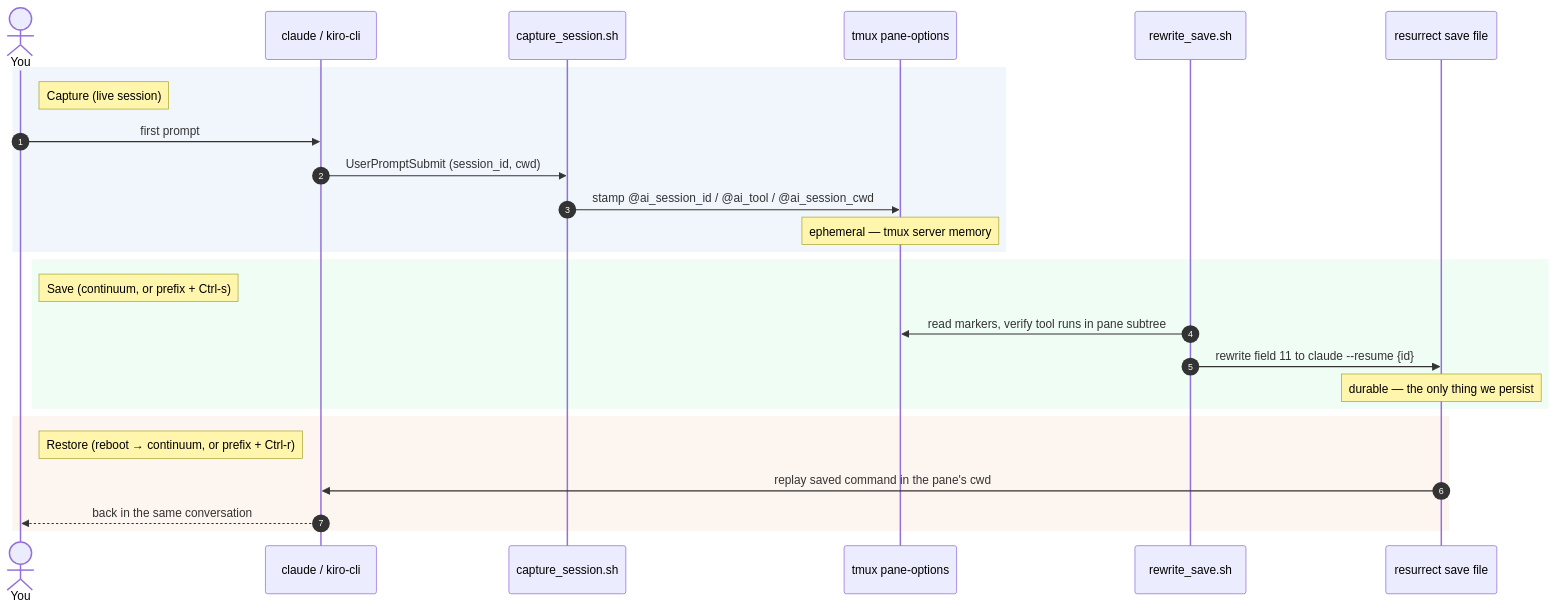
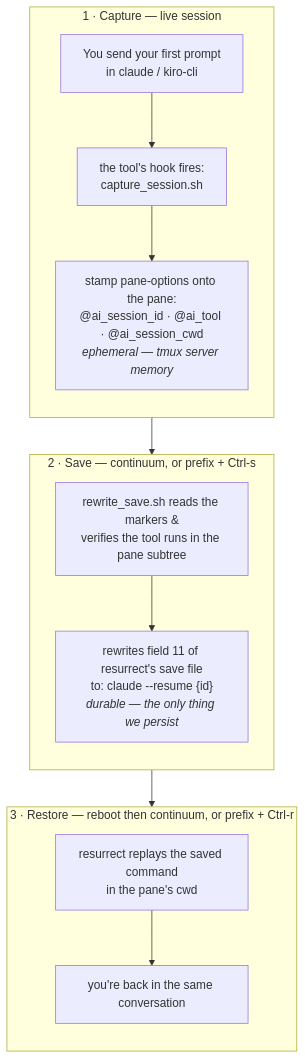
One commit to harnessed-ai/tmux-ai-sessions-restore changed the first of 3 diagrams in README.md. Above: the diagram before and after it, drawn with Mermaid.

````diff
--- a/README.md
+++ b/README.md
@@ -20,31 +20,17 @@
 ```mermaid
-sequenceDiagram
-    autonumber
-    actor You
-    participant CLI as claude / kiro-cli
-    participant Hook as capture_session.sh
-    participant Pane as tmux pane-options
-    participant Save as rewrite_save.sh
-    participant File as resurrect save file
-
-    rect rgb(240, 246, 252)
-    note right of You: Capture (live session)
-    You->>CLI: first prompt
-    CLI->>Hook: UserPromptSubmit (session_id, cwd)
-    Hook->>Pane: stamp @ai_session_id / @ai_tool / @ai_session_cwd
-    note over Pane: ephemeral — tmux server memory
+flowchart TD
+    subgraph cap["1 · Capture — live session"]
+        direction TB
+        a1["You send your first prompt<br/>in claude / kiro-cli"] --> a2["the tool's hook fires:<br/>capture_session.sh"]
+        a2 --> a3["stamp pane-options onto the pane:<br/>@ai_session_id · @ai_tool · @ai_session_cwd<br/><i>ephemeral — tmux server memory</i>"]
     end
-
-    rect rgb(240, 253, 244)
-    note right of You: Save (continuum, or prefix + Ctrl-s)
-    Save->>Pane: read markers, verify tool runs in pane subtree
-    Save->>File: rewrite field 11 to claude --resume {id}
-    note over File: durable — the only thing we persist
+    subgraph sav["2 · Save — continuum, or prefix + Ctrl-s"]
+        direction TB
+        b1["rewrite_save.sh reads the markers &<br/>verifies the tool runs in the pane subtree"] --> b2["rewrites field 11 of resurrect's save file<br/>to: claude --resume {id}<br/><i>durable — the only thing we persist</i>"]
     end
-
-    rect rgb(253, 245, 240)
-    note right of You: Restore (reboot → continuum, or prefix + Ctrl-r)
-    File->>CLI: replay saved command in the pane's cwd
-    CLI-->>You: back in the same conversation
+    subgraph res["3 · Restore — reboot then continuum, or prefix + Ctrl-r"]
+        direction TB
+        c1["resurrect replays the saved command<br/>in the pane's cwd"] --> c2["you're back in the same conversation"]
     end
+    cap --> sav --> res
 ```
````
